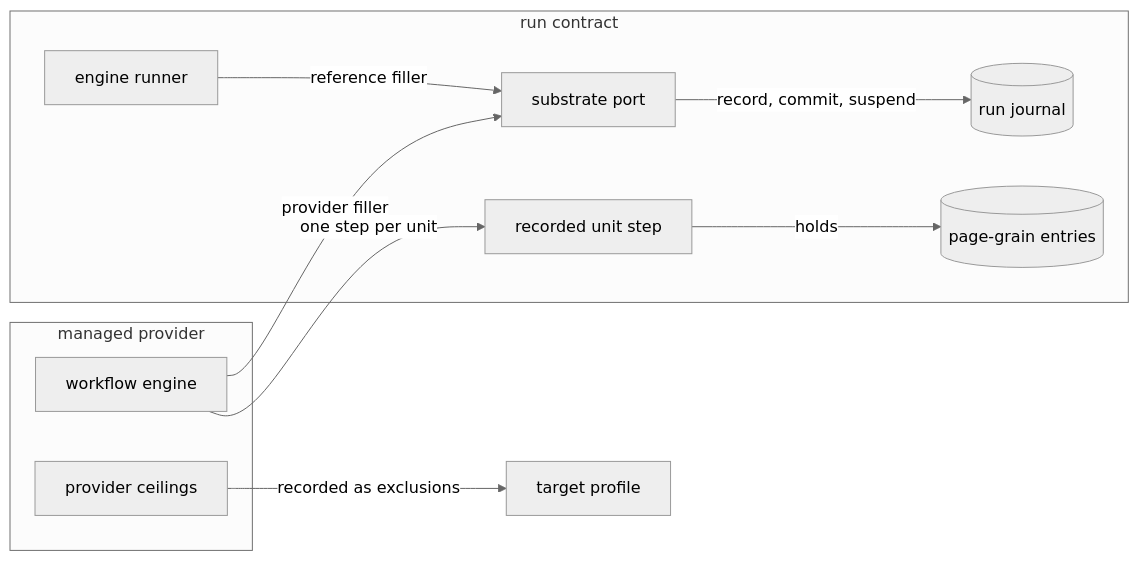
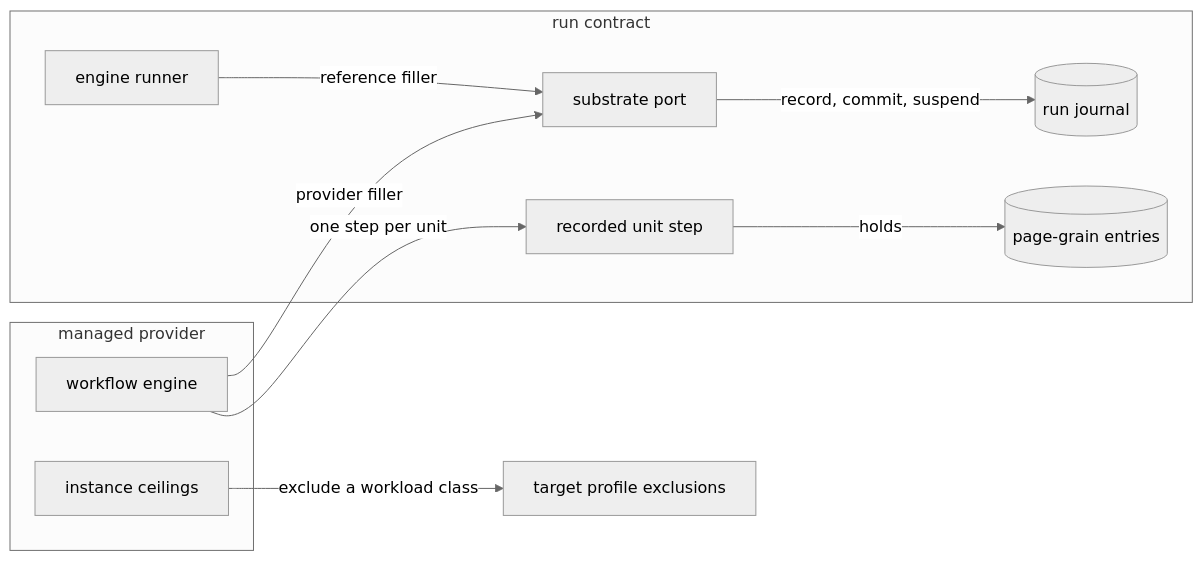
The sixth of 7 diagrams in spec/30-run.md (fractalboxdev/contextful), drawn with Mermaid (neutral theme) before and after one commit. The commit also changed other lines of this file and 5 other files, not shown here.

First line of the commit message:
run: a provider filler excludes what its instance cannot hold, and conforms over the verbs

````diff
--- a/spec/30-run.md
+++ b/spec/30-run.md
@@ -594,21 +594,21 @@
 ```mermaid
 flowchart LR
   subgraph run["run contract"]
     PORT["substrate port"]
     RUNNER["engine runner"]
     J[("run journal")]
     STEP["recorded unit step"]
     PAGES[("page-grain entries")]
   end
   subgraph provider["managed provider"]
     WF["workflow engine"]
-    LIMITS["provider ceilings"]
+    LIMITS["instance ceilings"]
   end
-  TP["target profile"]
+  TP["target profile exclusions"]
   RUNNER -->|"reference filler"| PORT
   WF -->|"provider filler"| PORT
   PORT -->|"record, commit, suspend"| J
   WF -->|"one step per unit"| STEP
   STEP -->|"holds"| PAGES
-  LIMITS -->|"recorded as exclusions"| TP
+  LIMITS -->|"exclude a workload class"| TP
 ```
````
